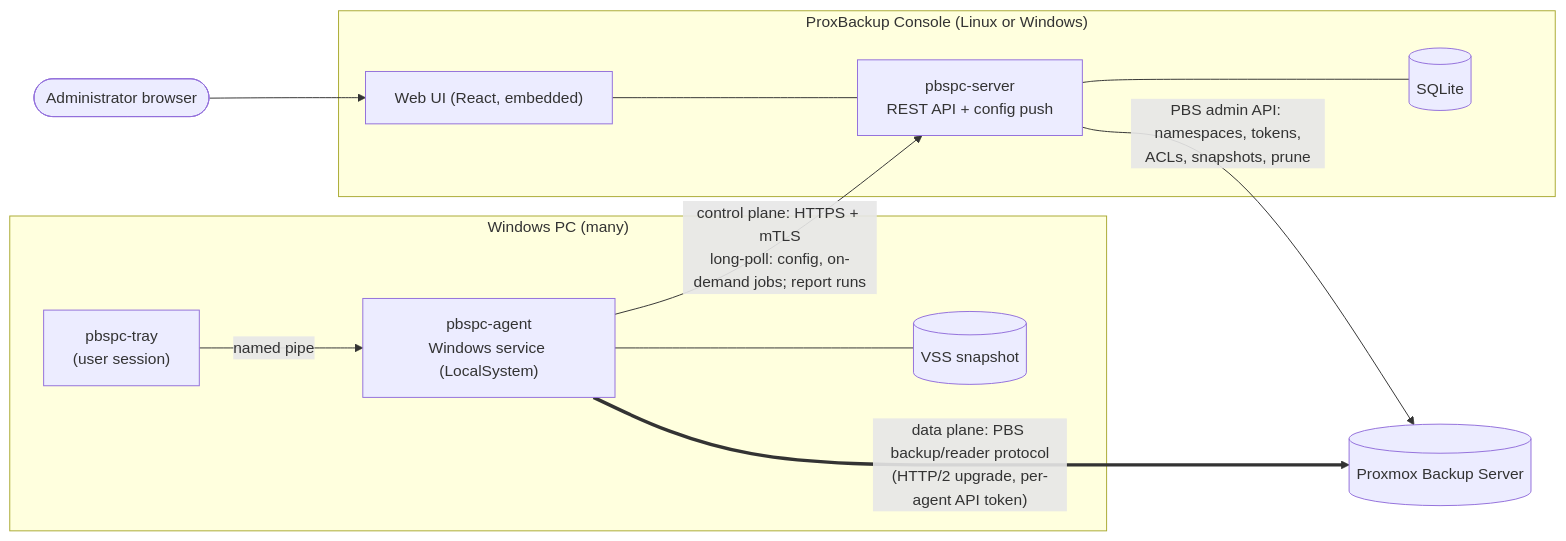
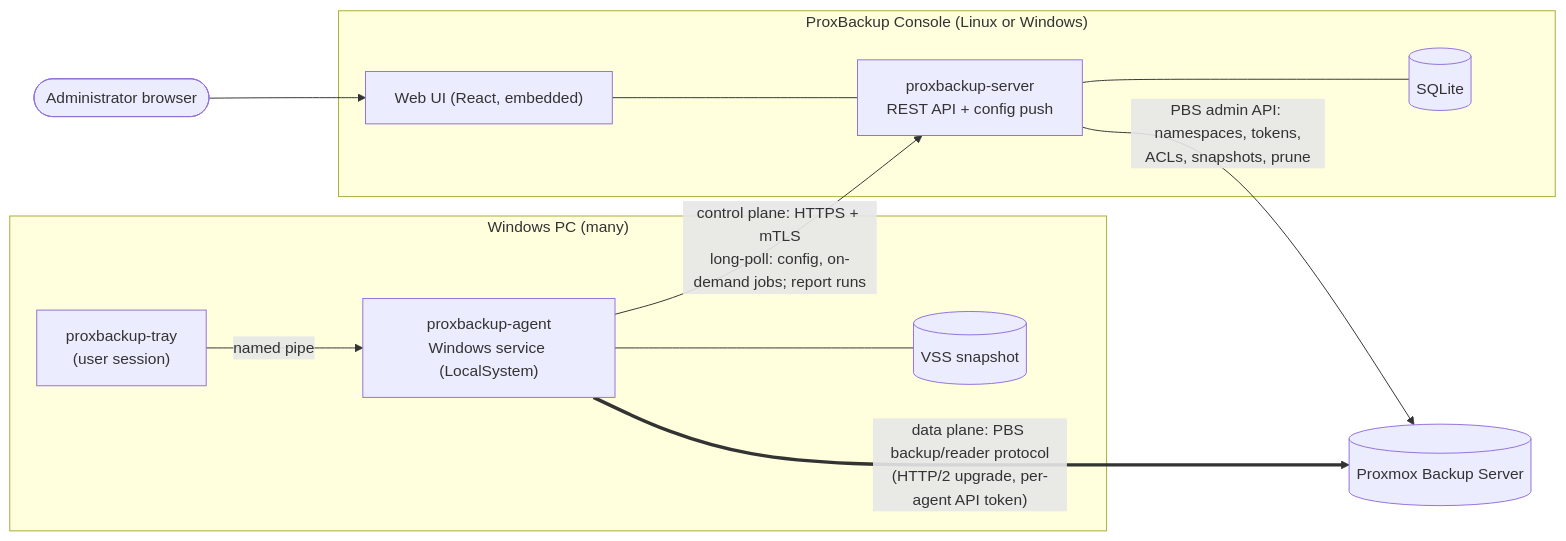
One commit to Lopicl/proxbackup-solution changed the first of 5 diagrams in docs/architecture.md. Above: the diagram before and after it, drawn with Mermaid. The commit also changed other lines of this file and 39 other files, not shown here.

First line of the commit message:
refactor: rename pbspc identifiers to proxbackup

````diff
--- a/docs/architecture.md
+++ b/docs/architecture.md
@@ -22,24 +22,24 @@
 ```mermaid
 flowchart LR
   subgraph PC["Windows PC (many)"]
-    TRAY["pbspc-tray<br/>(user session)"] -- named pipe --> AGENT
-    AGENT["pbspc-agent<br/>Windows service (LocalSystem)"]
+    TRAY["proxbackup-tray<br/>(user session)"] -- named pipe --> AGENT
+    AGENT["proxbackup-agent<br/>Windows service (LocalSystem)"]
     VSS[(VSS snapshot)]
     AGENT --- VSS
   end
 
   subgraph MGMT["ProxBackup Console (Linux or Windows)"]
-    API["pbspc-server<br/>REST API + config push"]
+    API["proxbackup-server<br/>REST API + config push"]
     UI["Web UI (React, embedded)"]
     DB[(SQLite)]
     API --- DB
     UI --- API
   end
 
   PBS[("Proxmox Backup Server")]
 
   AGENT -- "control plane: HTTPS + mTLS<br/>long-poll: config, on-demand jobs; report runs" --> API
   AGENT == "data plane: PBS backup/reader protocol<br/>(HTTP/2 upgrade, per-agent API token)" ==> PBS
   API -- "PBS admin API: namespaces, tokens,<br/>ACLs, snapshots, prune" --> PBS
   ADMIN(["Administrator browser"]) --> UI
 ```
````
